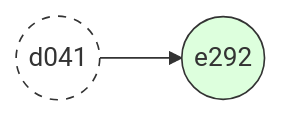
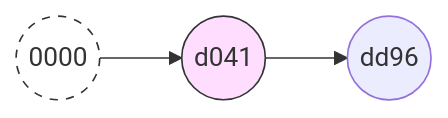
Before and after one commit to sugitlab/git_workshop_slidev: diagram 21 of 36 in slides.md, drawn with Mermaid. The commit also changed other lines of this file, not shown here.

````diff
--- a/slides.md
+++ b/slides.md
@@ -1658,8 +1642,9 @@
 ```mermaid
 graph LR
-  d01((d041))
-  d03((e292))
-  style d01 fill:#fff,stroke:#333,stroke-width:1px,stroke-dasharray: 5 5
-  style d03 fill:#dfd,stroke:#333,stroke-width:1px
-  d01 --> d03
+  a01((0000))
+  a02((d041))
+  a03((dd96))
+  style a01 fill:#fff,stroke:#333,stroke-width:1px,stroke-dasharray: 5 5
+  style a02 fill:#fdf,stroke:#333,stroke-width:1px
+  a01 --> a02 --> a03
 ```
````
